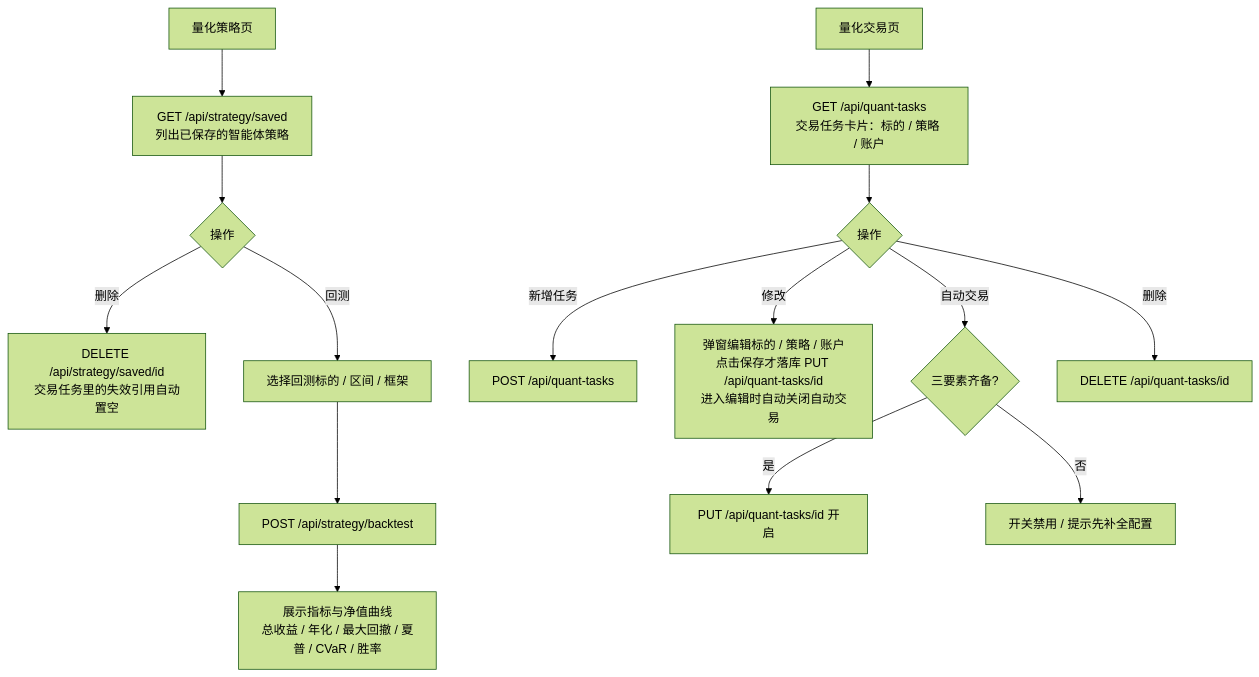
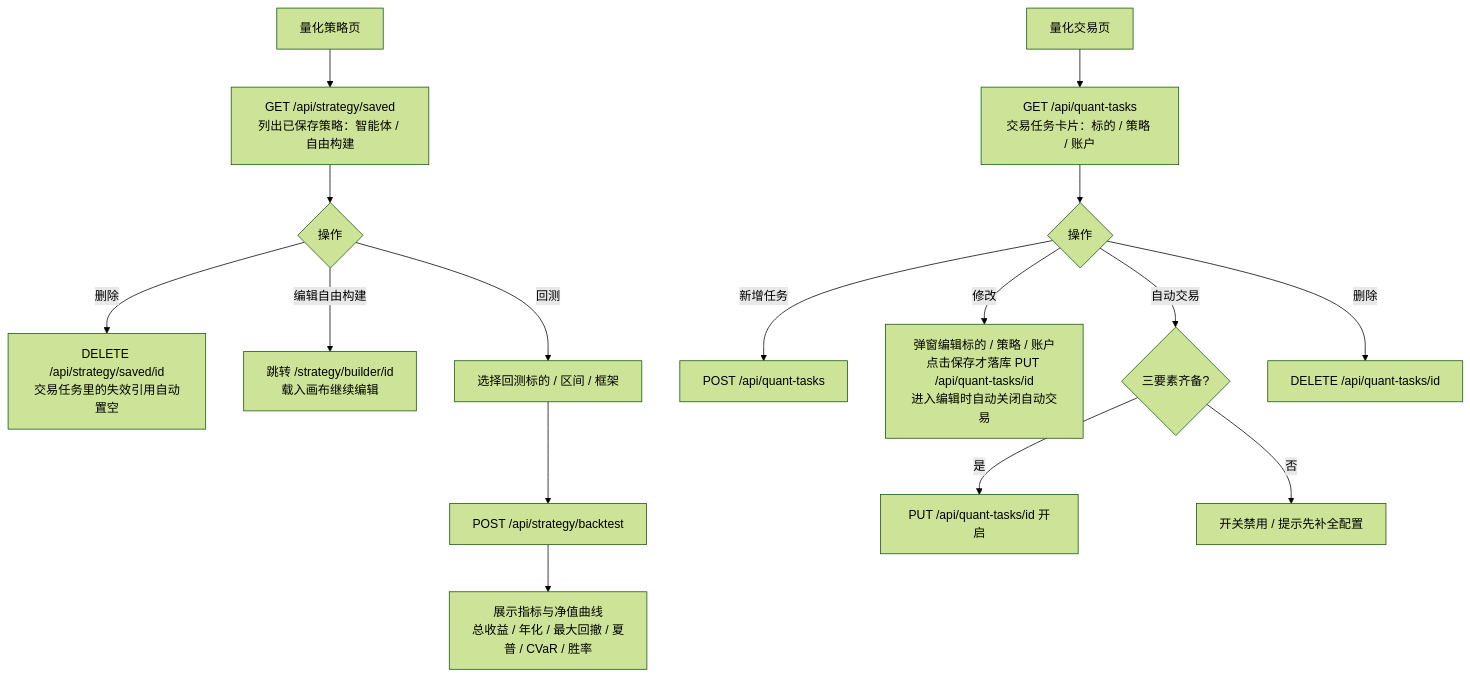
One commit to Song-Yingji/Iktsuarpok changed diagram 11 of 12 in README.md. Above: the diagram before and after it, drawn with Mermaid (forest theme). The commit also changed other lines of this file and 26 other files, not shown here.

````diff
--- a/README.md
+++ b/README.md
@@ -548,17 +561,18 @@
 ```mermaid
 flowchart TD
-    A[量化策略页] --> B[GET /api/strategy/saved<br/>列出已保存的智能体策略]
+    A[量化策略页] --> B[GET /api/strategy/saved<br/>列出已保存策略：智能体 / 自由构建]
     B --> C{操作}
     C -- 删除 --> D[DELETE /api/strategy/saved/id<br/>交易任务里的失效引用自动置空]
+    C -- 编辑自由构建 --> Q[跳转 /strategy/builder/id<br/>载入画布继续编辑]
     C -- 回测 --> E[选择回测标的 / 区间 / 框架]
     E --> F[POST /api/strategy/backtest]
     F --> G[展示指标与净值曲线<br/>总收益 / 年化 / 最大回撤 / 夏普 / CVaR / 胜率]
     H[量化交易页] --> I[GET /api/quant-tasks<br/>交易任务卡片：标的 / 策略 / 账户]
     I --> J{操作}
     J -- 新增任务 --> K[POST /api/quant-tasks]
     J -- 修改 --> L[弹窗编辑标的 / 策略 / 账户<br/>点击保存才落库 PUT /api/quant-tasks/id<br/>进入编辑时自动关闭自动交易]
     J -- 自动交易 --> M{三要素齐备?}
     M -- 是 --> N[PUT /api/quant-tasks/id 开启]
     M -- 否 --> O[开关禁用 / 提示先补全配置]
     J -- 删除 --> P[DELETE /api/quant-tasks/id]
 ```
````
